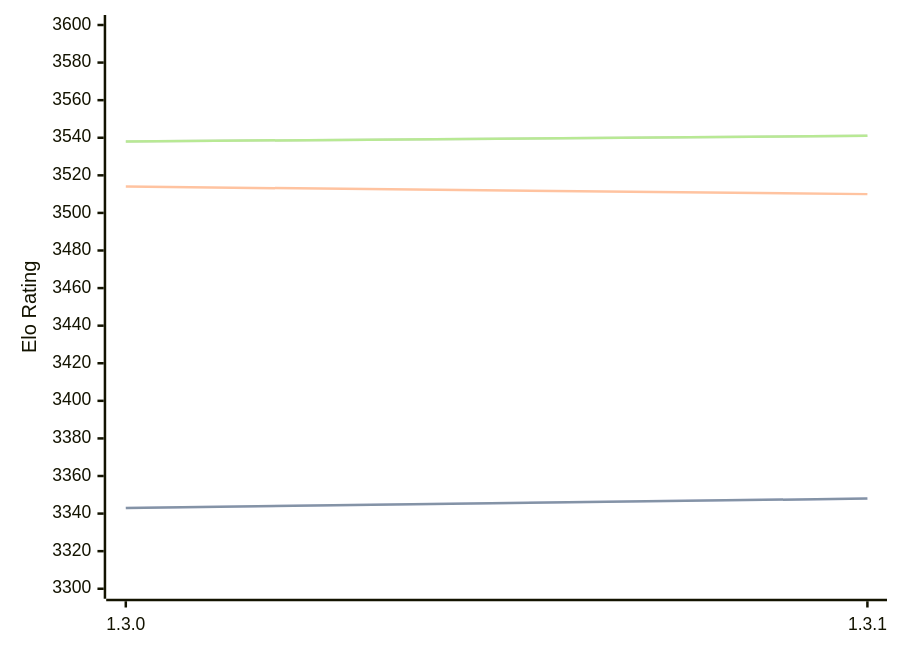
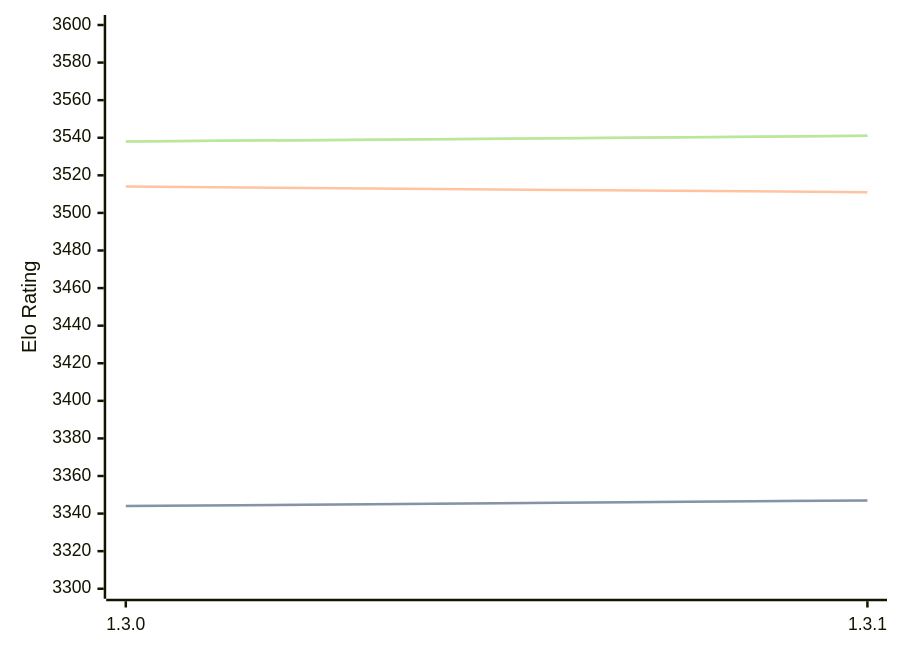
The diagram in engines/Renegade.md (computer-chess-index/cci), drawn with Mermaid before and after one commit. The commit also changed other lines of this file, not shown here.

````diff
--- a/engines/Renegade.md
+++ b/engines/Renegade.md
@@ -33,11 +33,11 @@
 ```mermaid
 %%{init: {"theme":"base","themeVariables":{"seriesColors:['#a3a3a3','#222221','#faa371']}}}%%
 xychart-beta
   x-axis ["1.3.0", "1.3.1"]
   y-axis "Elo Rating" 3300 --> 3600
-  line "" [3343, 3348]
-  line "STC (8.0+0.08s)" [3343, 3348]
-  line "LTC (60.0+0.60s)" [3514, 3510]
+  line "" [3344, 3347]
+  line "STC (8.0+0.08s)" [3344, 3347]
+  line "LTC (60.0+0.60s)" [3514, 3511]
   line "" [3538, 3541]
   line "VLTC (2m24s+1.12s)" [3538, 3541]
 ```
````
